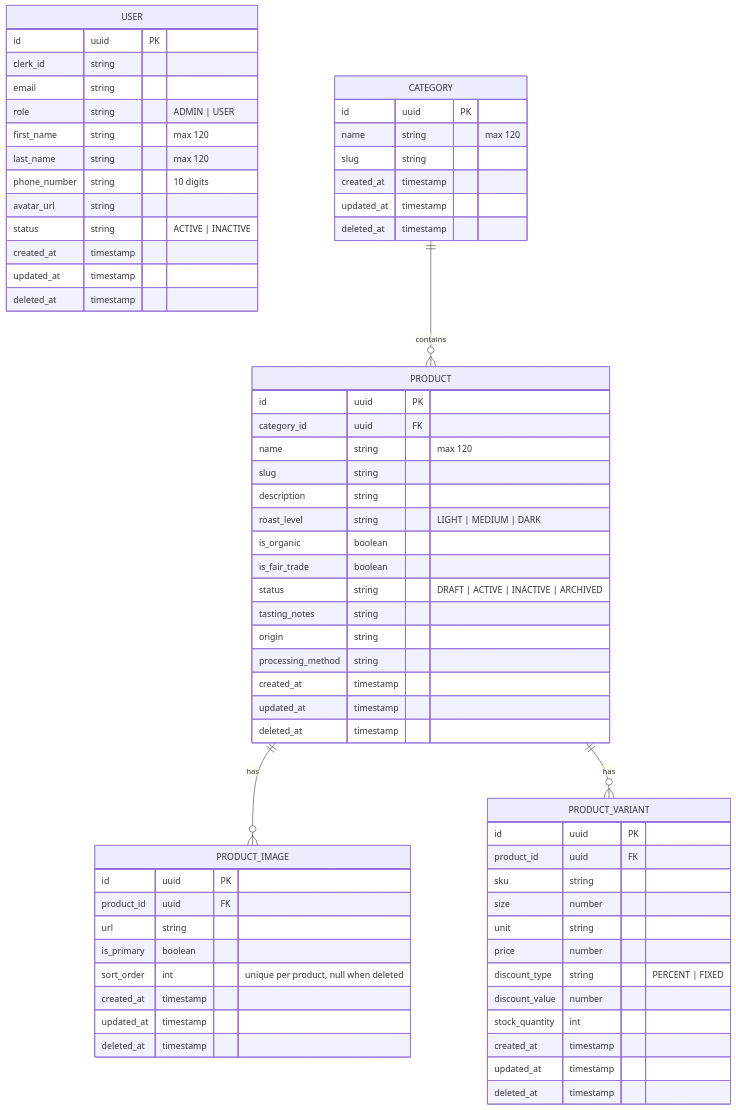
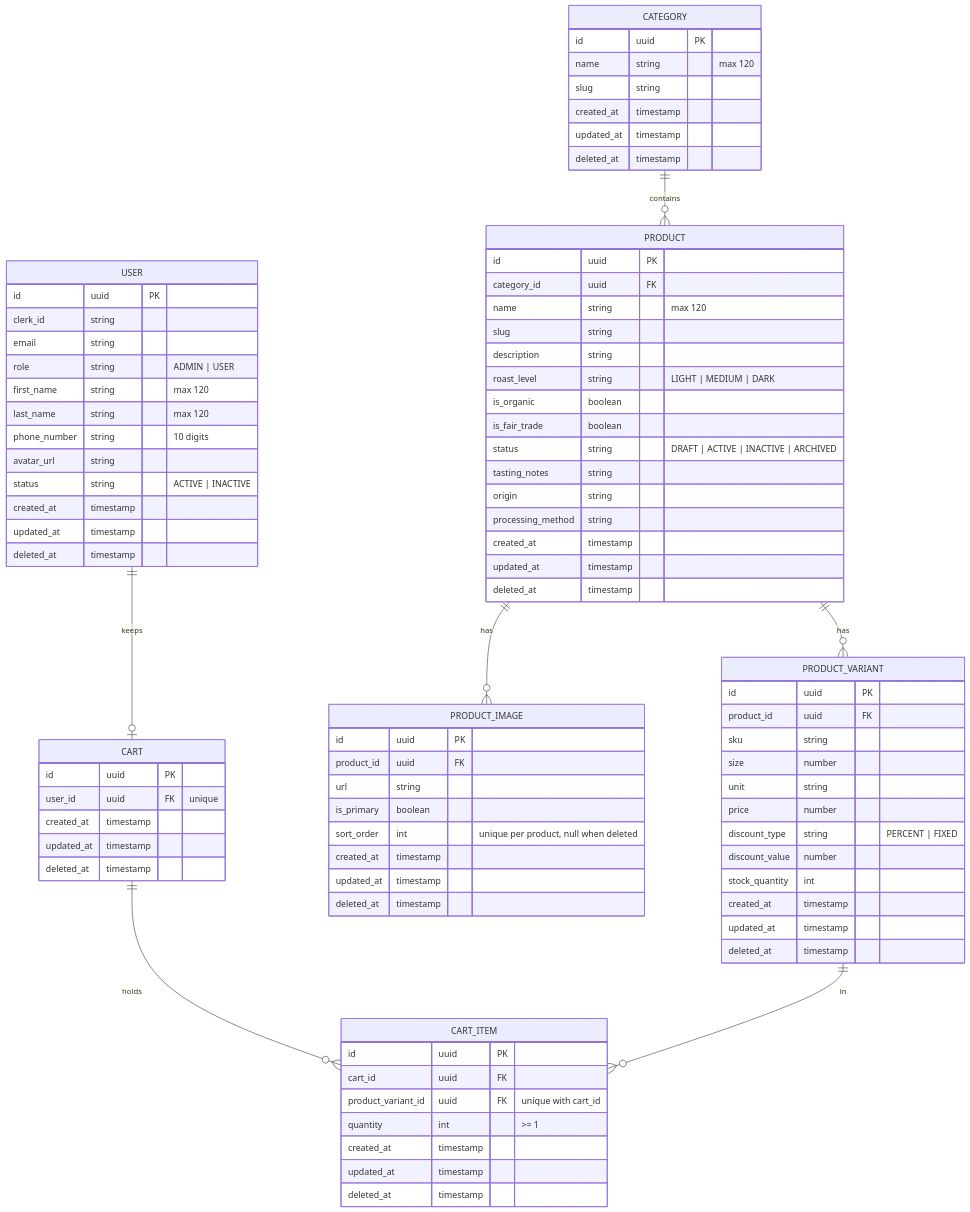
One commit to tiennguyen-agilityio/nestjs-training changed the diagram in apps/api/README.md. Above: the diagram before and after it, drawn with Mermaid. The commit also changed other lines of this file and 33 other files, not shown here.

````diff
--- a/apps/api/README.md
+++ b/apps/api/README.md
@@ -283,7 +294,28 @@
         deleted_at timestamp
     }
 
+    CART {
+        id uuid PK
+        user_id uuid FK "unique"
+        created_at timestamp
+        updated_at timestamp
+        deleted_at timestamp
+    }
+
+    CART_ITEM {
+        id uuid PK
+        cart_id uuid FK
+        product_variant_id uuid FK "unique with cart_id"
+        quantity int ">= 1"
+        created_at timestamp
+        updated_at timestamp
+        deleted_at timestamp
+    }
+
     CATEGORY ||--o{ PRODUCT : "contains"
     PRODUCT ||--o{ PRODUCT_IMAGE : "has"
     PRODUCT ||--o{ PRODUCT_VARIANT : "has"
+    USER ||--o| CART : "keeps"
+    CART ||--o{ CART_ITEM : "holds"
+    PRODUCT_VARIANT ||--o{ CART_ITEM : "in"
 ```
````
